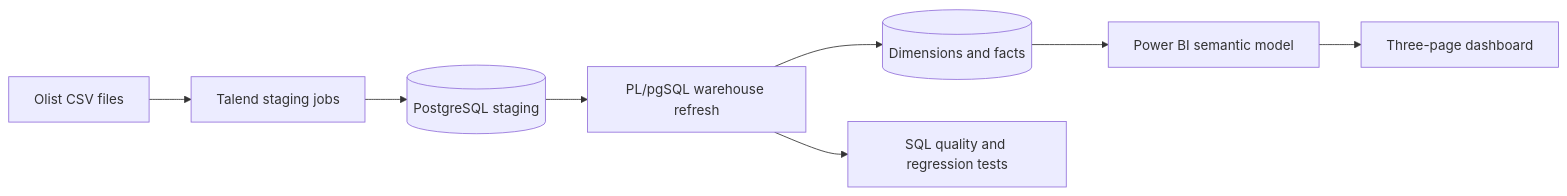
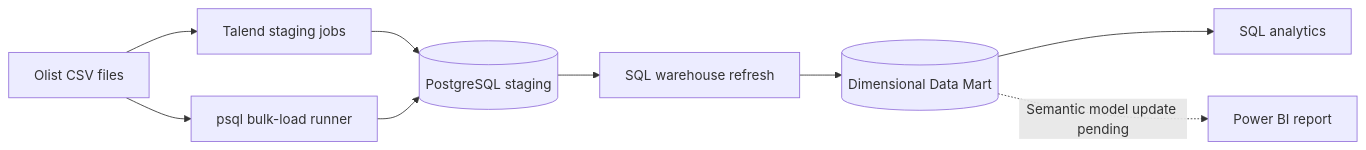
One commit to nadasd/BI-Customer-Satisfaction-Olist changed the diagram in README.md. Above: the diagram before and after it, drawn with Mermaid. The commit also changed other lines of this file, not shown here.

Commit message:
docs: redesign Olist project README

````diff
--- a/README.md
+++ b/README.md
@@ -31,10 +23,11 @@
 ```mermaid
 flowchart LR
-    A[Olist CSV files] --> B[Talend staging jobs]
-    B --> C[(PostgreSQL staging)]
-    C --> D[PL/pgSQL warehouse refresh]
-    D --> E[(Dimensions and facts)]
-    E --> F[Power BI semantic model]
-    F --> G[Three-page dashboard]
-    D --> H[SQL quality and regression tests]
+    CSV[Olist CSV files] --> ETL[Talend staging jobs]
+    ETL --> STG[(PostgreSQL staging)]
+    STG --> LOAD[SQL warehouse refresh]
+    LOAD --> MART[(Dimensional Data Mart)]
+    MART --> SQL[SQL analytics]
+    MART -. Semantic model update pending .-> BI[Power BI report]
+    CSV --> COPY[psql bulk-load runner]
+    COPY --> STG
 ```
````
